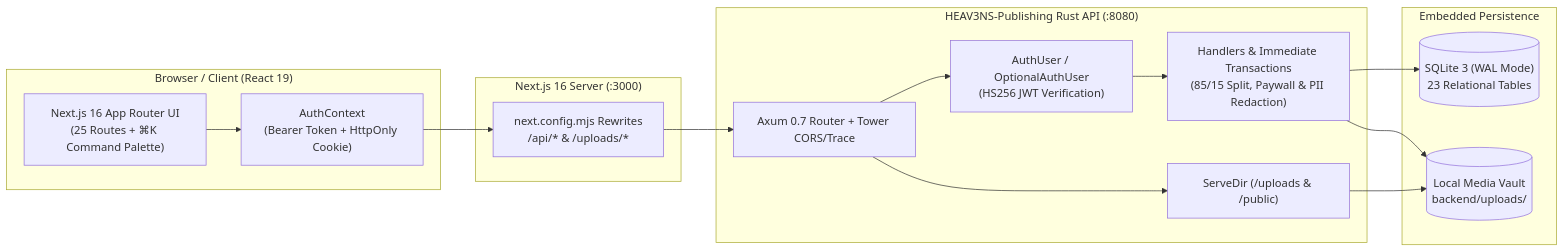
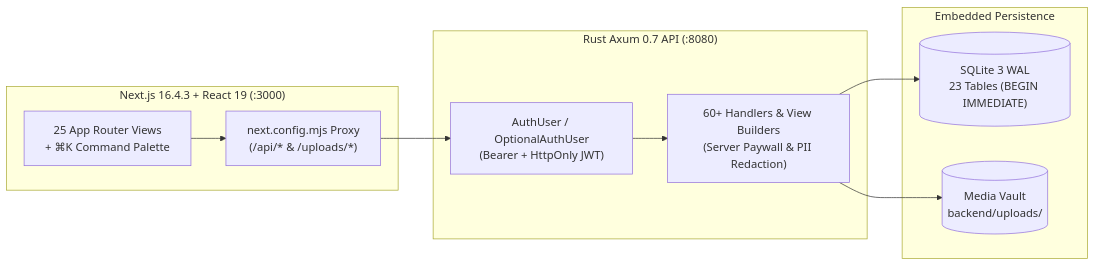
The diagram in README.md (CardSorting/HEAV3NS-PUBLISHING), drawn with Mermaid before and after one commit. The commit also changed other lines of this file and 9 other files, not shown here.

````diff
--- a/README.md
+++ b/README.md
@@ -47,31 +71,21 @@
 ```mermaid
 flowchart LR
-    subgraph Client["Browser / Client (React 19)"]
-        UI["Next.js 16 App Router UI\n(25 Routes + ⌘K Command Palette)"]
-        AuthCtx["AuthContext\n(Bearer Token + HttpOnly Cookie)"]
+    subgraph Client["Next.js 16.4.3 + React 19 (:3000)"]
+        UI["25 App Router Views\n+ ⌘K Command Palette"]
+        Proxy["next.config.mjs Proxy\n(/api/* & /uploads/*)"]
     end
 
-    subgraph NextServer["Next.js 16 Server (:3000)"]
-        Proxy["next.config.mjs Rewrites\n/api/* & /uploads/*"]
-    end
-
-    subgraph RustBackend["HEAV3NS-Publishing Rust API (:8080)"]
-        Router["Axum 0.7 Router + Tower CORS/Trace"]
-        Extractors["AuthUser / OptionalAuthUser\n(HS256 JWT Verification)"]
-        Handlers["Handlers & Immediate Transactions\n(85/15 Split, Paywall & PII Redaction)"]
-        Static["ServeDir (/uploads & /public)"]
+    subgraph Backend["Rust Axum 0.7 API (:8080)"]
+        Auth["AuthUser / OptionalAuthUser\n(Bearer + HttpOnly JWT)"]
+        Engine["60+ Handlers & View Builders\n(Server Paywall & PII Redaction)"]
     end
 
     subgraph Storage["Embedded Persistence"]
-        SQLite[("SQLite 3 (WAL Mode)\n23 Relational Tables")]
-        Uploads[("Local Media Vault\nbackend/uploads/")]
+        DB[("SQLite 3 WAL\n23 Tables (BEGIN IMMEDIATE)")]
+        Vault[("Media Vault\nbackend/uploads/")]
     end
 
-    UI --> AuthCtx --> Proxy
-    Proxy --> Router
-    Router --> Extractors --> Handlers
-    Router --> Static
-    Handlers --> SQLite
-    Handlers --> Uploads
-    Static --> Uploads
+    UI --> Proxy --> Auth --> Engine
+    Engine --> DB
+    Engine --> Vault
 ```
````
